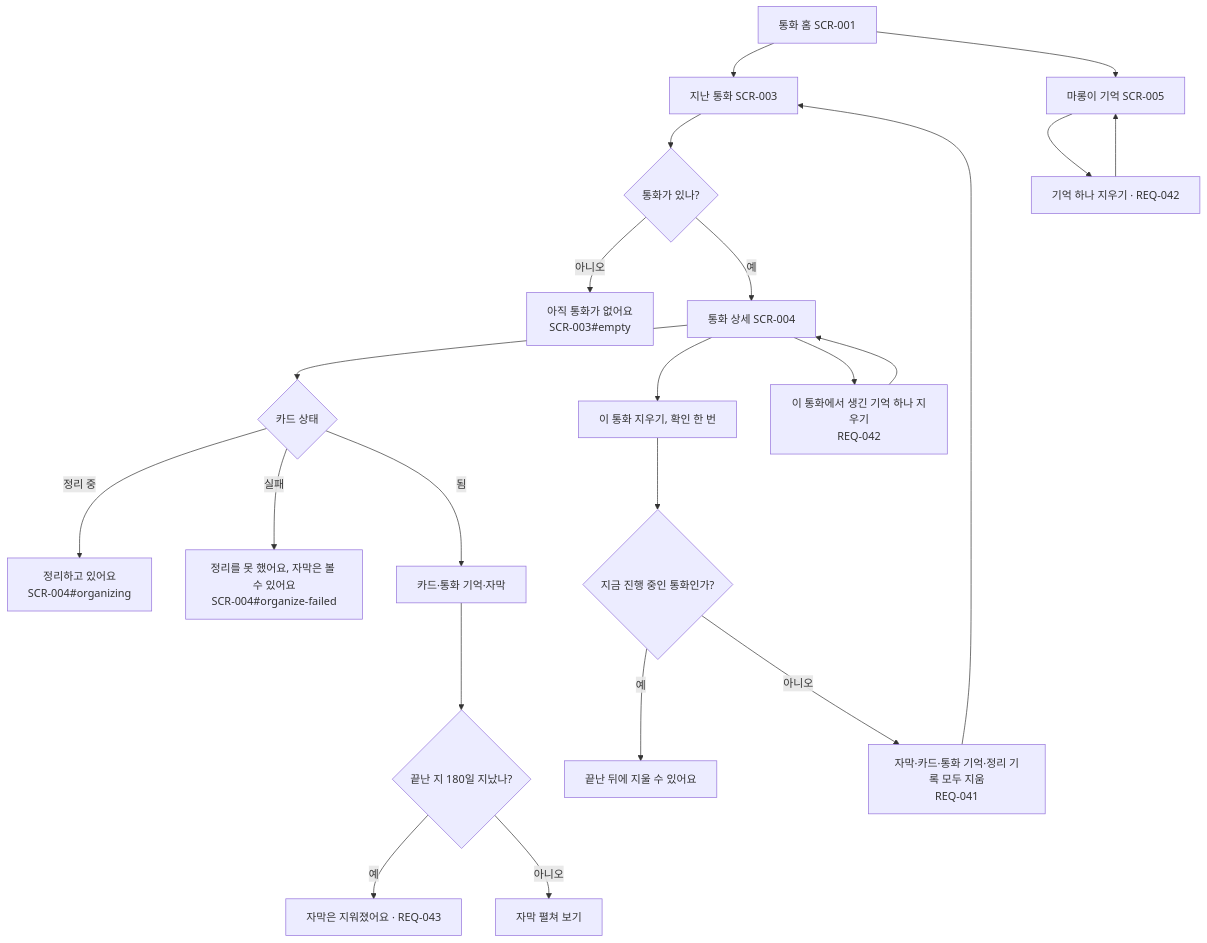
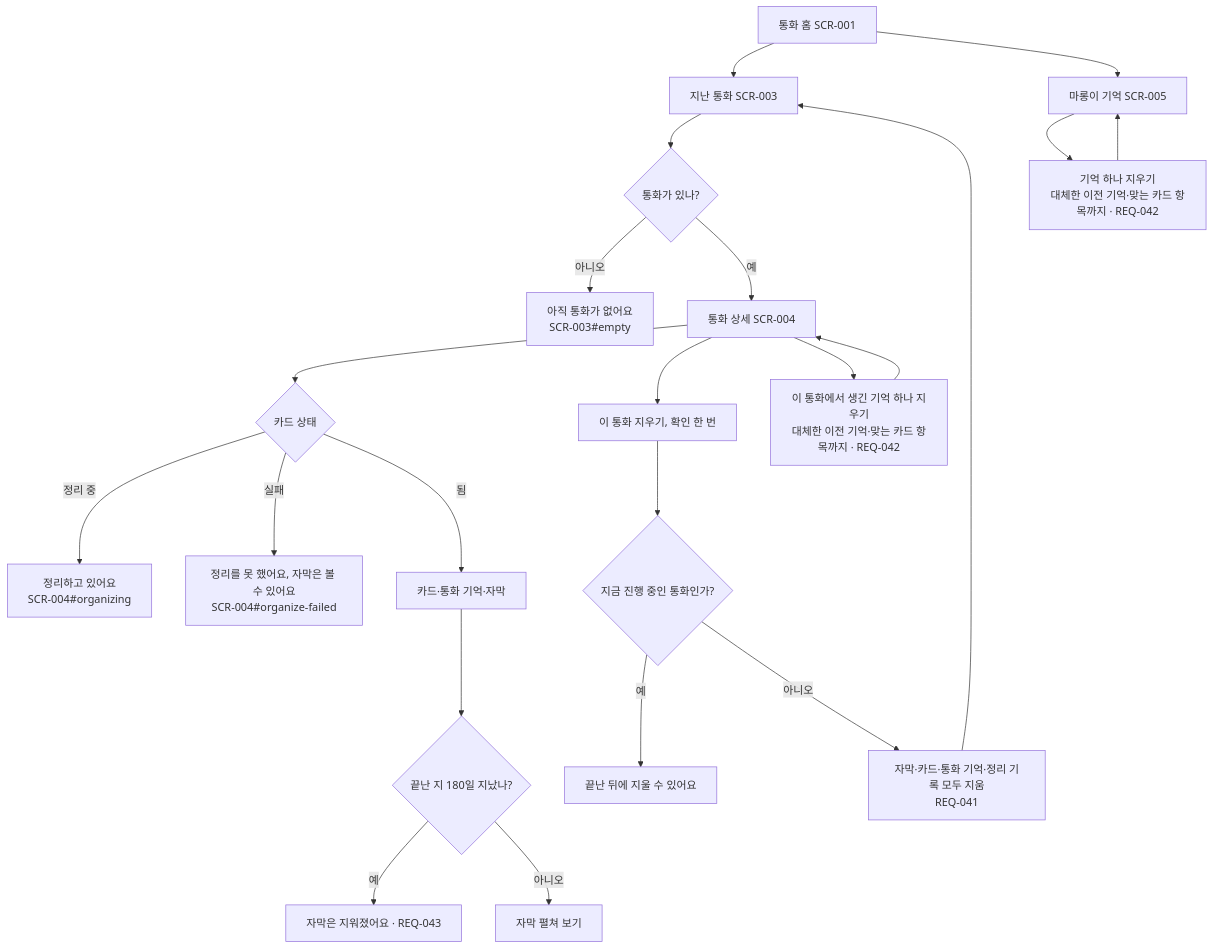
The diagram in docs/03-user-flow/FL-008-history.md (kodonghui/marong2), drawn with Mermaid before and after one commit. The commit also changed 22 other files, not shown here.

````diff
--- a/docs/03-user-flow/FL-008-history.md
+++ b/docs/03-user-flow/FL-008-history.md
@@ -6,21 +6,21 @@
 ```mermaid
 flowchart TD
   A["통화 홈 SCR-001"] --> B["지난 통화 SCR-003"]
   B --> B1{"통화가 있나?"}
   B1 -->|아니오| B2["아직 통화가 없어요<br/>SCR-003#empty"]
   B1 -->|예| C["통화 상세 SCR-004"]
   C --> D{"카드 상태"}
   D -->|"정리 중"| D1["정리하고 있어요<br/>SCR-004#organizing"]
   D -->|"실패"| D2["정리를 못 했어요, 자막은 볼 수 있어요<br/>SCR-004#organize-failed"]
   D -->|"됨"| D3["카드·통화 기억·자막"]
   D3 --> E{"끝난 지 180일 지났나?"}
   E -->|예| E1["자막은 지워졌어요 · REQ-043"]
   E -->|아니오| E2["자막 펼쳐 보기"]
   C --> F["이 통화 지우기, 확인 한 번"]
   F --> G{"지금 진행 중인 통화인가?"}
   G -->|예| G1["끝난 뒤에 지울 수 있어요"]
   G -->|아니오| H["자막·카드·통화 기억·정리 기록 모두 지움<br/>REQ-041"] --> B
-  C --> M2["이 통화에서 생긴 기억 하나 지우기<br/>REQ-042"] --> C
+  C --> M2["이 통화에서 생긴 기억 하나 지우기<br/>대체한 이전 기억·맞는 카드 항목까지 · REQ-042"] --> C
   A --> M["마롱이 기억 SCR-005"]
-  M --> M1["기억 하나 지우기 · REQ-042"] --> M
+  M --> M1["기억 하나 지우기<br/>대체한 이전 기억·맞는 카드 항목까지 · REQ-042"] --> M
 ```
````
